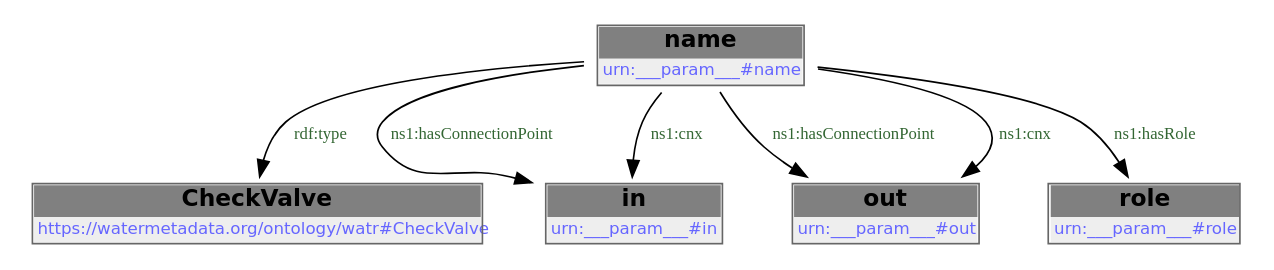
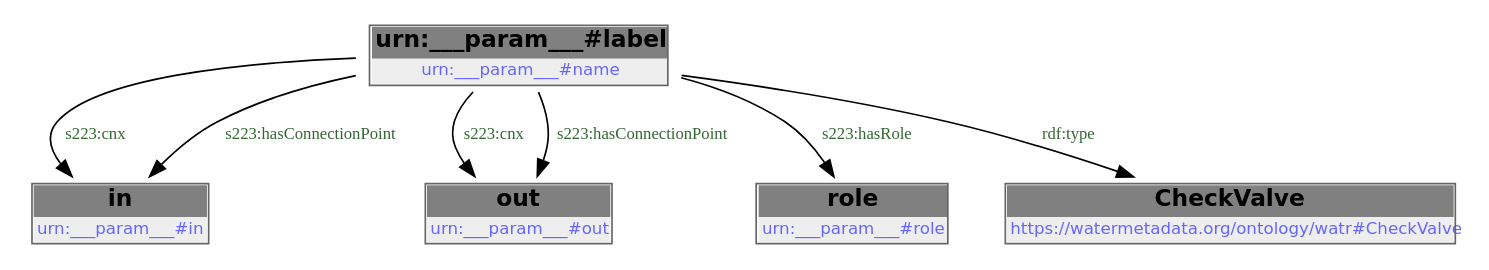
Before and after one commit to DataDrivenCPS/water-ontology: the diagram in docs/libraries/templates/check-valve.rst, drawn with Graphviz. The commit also changed other lines of this file and 83 other files, not shown here.

```diff
--- a/docs/libraries/templates/check-valve.rst
+++ b/docs/libraries/templates/check-valve.rst
@@ -82,16 +82,21 @@
-        .. graphviz::
+.. graphviz::
 
-                digraph G {
-            node [fontname="DejaVu Sans"];
-            node0 -> node1 [color=BLACK, label=< <font point-size='10' color='#336633'>rdf:type</font> >];
-            node0 -> node2 [color=BLACK, label=< <font point-size='10' color='#336633'>ns1:hasConnectionPoint</font> >];
-            node0 -> node3 [color=BLACK, label=< <font point-size='10' color='#336633'>ns1:hasConnectionPoint</font> >];
-            node0 -> node4 [color=BLACK, label=< <font point-size='10' color='#336633'>ns1:hasRole</font> >];
-            node0 -> node2 [color=BLACK, label=< <font point-size='10' color='#336633'>ns1:cnx</font> >];
-            node0 -> node3 [color=BLACK, label=< <font point-size='10' color='#336633'>ns1:cnx</font> >];
-            node0 [shape=none, color=black, label=< <table color='#666666' cellborder='0' cellspacing='0' border='1'><tr><td colspan='2' bgcolor='grey'><B>name</B></td></tr><tr><td href='urn:___param___#name' bgcolor='#eeeeee' colspan='2'><font point-size='10' color='#6666ff'>urn:___param___#name</font></td></tr></table> >];
-            node1 [shape=none, color=black, label=< <table color='#666666' cellborder='0' cellspacing='0' border='1'><tr><td colspan='2' bgcolor='grey'><B>CheckValve</B></td></tr><tr><td href='https://watermetadata.org/ontology/watr#CheckValve' bgcolor='#eeeeee' colspan='2'><font point-size='10' color='#6666ff'>https://watermetadata.org/ontology/watr#CheckValve</font></td></tr></table> >];
-            node2 [shape=none, color=black, label=< <table color='#666666' cellborder='0' cellspacing='0' border='1'><tr><td colspan='2' bgcolor='grey'><B>in</B></td></tr><tr><td href='urn:___param___#in' bgcolor='#eeeeee' colspan='2'><font point-size='10' color='#6666ff'>urn:___param___#in</font></td></tr></table> >];
-            node3 [shape=none, color=black, label=< <table color='#666666' cellborder='0' cellspacing='0' border='1'><tr><td colspan='2' bgcolor='grey'><B>out</B></td></tr><tr><td href='urn:___param___#out' bgcolor='#eeeeee' colspan='2'><font point-size='10' color='#6666ff'>urn:___param___#out</font></td></tr></table> >];
-            node4 [shape=none, color=black, label=< <table color='#666666' cellborder='0' cellspacing='0' border='1'><tr><td colspan='2' bgcolor='grey'><B>role</B></td></tr><tr><td href='urn:___param___#role' bgcolor='#eeeeee' colspan='2'><font point-size='10' color='#6666ff'>urn:___param___#role</font></td></tr></table> >];
-            }
+    digraph {
+     node [ fontname="DejaVu Sans" ] ;
+        node0 -> node1 [ color=BLACK, label=< <font point-size='10' color='#336633'>s223:cnx</font> > ] ;
+        node0 -> node2 [ color=BLACK, label=< <font point-size='10' color='#336633'>s223:cnx</font> > ] ;
+        node0 -> node1 [ color=BLACK, label=< <font point-size='10' color='#336633'>s223:hasConnectionPoint</font> > ] ;
+        node0 -> node2 [ color=BLACK, label=< <font point-size='10' color='#336633'>s223:hasConnectionPoint</font> > ] ;
+        node0 -> node3 [ color=BLACK, label=< <font point-size='10' color='#336633'>s223:hasRole</font> > ] ;
+        node0 -> node4 [ color=BLACK, label=< <font point-size='10' color='#336633'>rdf:type</font> > ] ;
+    # urn:___param___#name node0
+    node0 [ shape=none, color=black label=< <table color='#666666' cellborder='0' cellspacing='0' border='1'><tr><td colspan='2' bgcolor='grey'><B>urn:___param___#label</B></td></tr><tr><td href='urn:___param___#name' bgcolor='#eeeeee' colspan='2'><font point-size='10' color='#6666ff'>urn:___param___#name</font></td></tr></table> > ]
+    # urn:___param___#in node1
+    node1 [ shape=none, color=black label=< <table color='#666666' cellborder='0' cellspacing='0' border='1'><tr><td colspan='2' bgcolor='grey'><B>in</B></td></tr><tr><td href='urn:___param___#in' bgcolor='#eeeeee' colspan='2'><font point-size='10' color='#6666ff'>urn:___param___#in</font></td></tr></table> > ]
+    # urn:___param___#out node2
+    node2 [ shape=none, color=black label=< <table color='#666666' cellborder='0' cellspacing='0' border='1'><tr><td colspan='2' bgcolor='grey'><B>out</B></td></tr><tr><td href='urn:___param___#out' bgcolor='#eeeeee' colspan='2'><font point-size='10' color='#6666ff'>urn:___param___#out</font></td></tr></table> > ]
+    # urn:___param___#role node3
+    node3 [ shape=none, color=black label=< <table color='#666666' cellborder='0' cellspacing='0' border='1'><tr><td colspan='2' bgcolor='grey'><B>role</B></td></tr><tr><td href='urn:___param___#role' bgcolor='#eeeeee' colspan='2'><font point-size='10' color='#6666ff'>urn:___param___#role</font></td></tr></table> > ]
+    # https://watermetadata.org/ontology/watr#CheckValve node4
+    node4 [ shape=none, color=black label=< <table color='#666666' cellborder='0' cellspacing='0' border='1'><tr><td colspan='2' bgcolor='grey'><B>CheckValve</B></td></tr><tr><td href='https://watermetadata.org/ontology/watr#CheckValve' bgcolor='#eeeeee' colspan='2'><font point-size='10' color='#6666ff'>https://watermetadata.org/ontology/watr#CheckValve</font></td></tr></table> > ]
+    }
```
